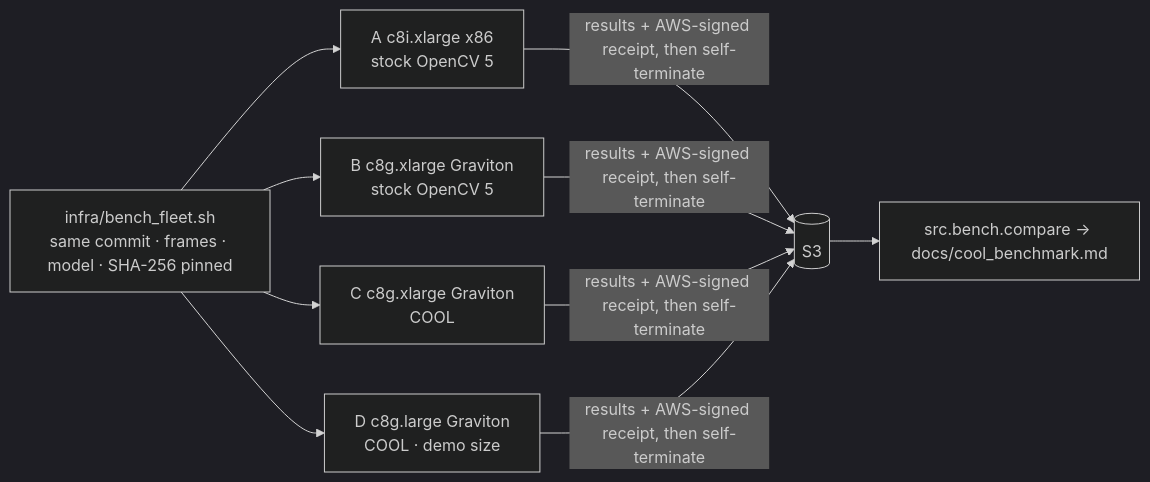
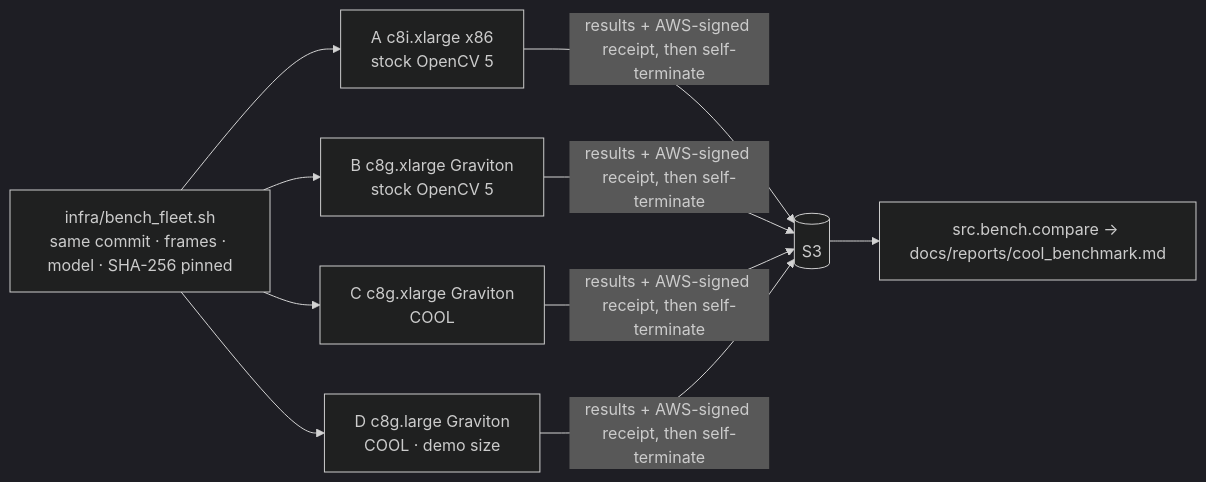
The second of 2 diagrams in docs/lucidchart_diagram.md (madhesh60/depth), drawn with Mermaid (dark theme) before and after one commit. The commit also changed other lines of this file and 96 other files, not shown here.

````diff
--- a/docs/lucidchart_diagram.md
+++ b/docs/lucidchart_diagram.md
@@ -65,10 +65,10 @@
 ```mermaid
 flowchart LR
   BF[infra/bench_fleet.sh<br/>same commit · frames · model · SHA-256 pinned]
   BF --> A[A c8i.xlarge x86<br/>stock OpenCV 5]
   BF --> B[B c8g.xlarge Graviton<br/>stock OpenCV 5]
   BF --> C[C c8g.xlarge Graviton<br/>COOL]
   BF --> D[D c8g.large Graviton<br/>COOL · demo size]
   A & B & C & D -->|results + AWS-signed receipt, then self-terminate| S3[(S3)]
-  S3 --> CMP[src.bench.compare → docs/cool_benchmark.md]
+  S3 --> CMP[src.bench.compare → docs/reports/cool_benchmark.md]
 ```
````
